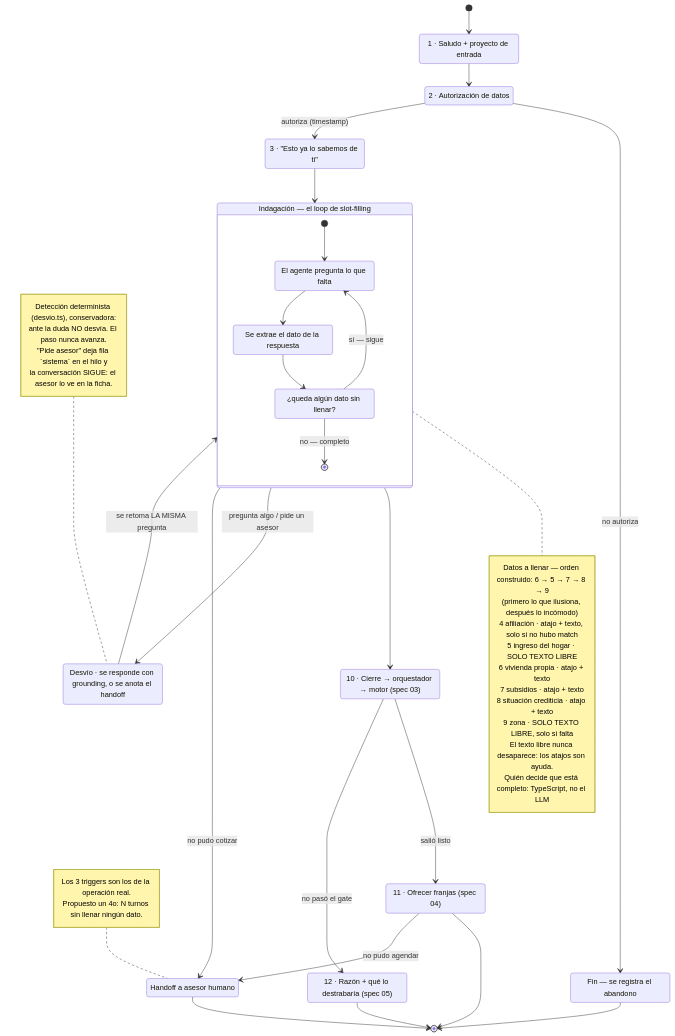
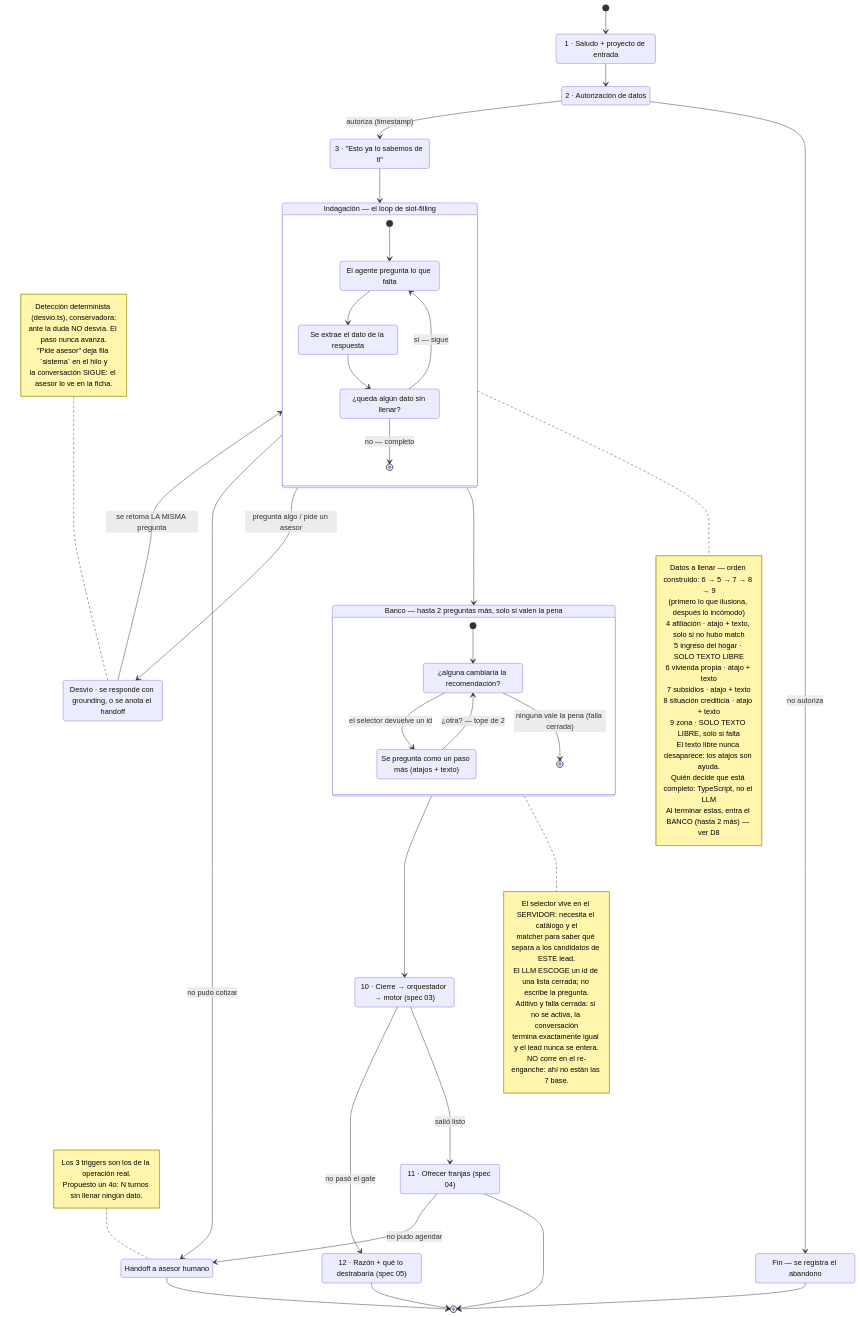
One commit to hackathon-30x-colsubsidio/mvp-reto-vivienda changed the diagram in docs/specs/02-conversador.md. Above: the diagram before and after it, drawn with Mermaid. The commit also changed other lines of this file and 10 other files, not shown here.

```diff
--- a/docs/specs/02-conversador.md
+++ b/docs/specs/02-conversador.md
@@ -202,9 +242,31 @@
         9 zona · SOLO TEXTO LIBRE, solo si falta
         El texto libre nunca desaparece: los atajos son ayuda.
         Quién decide que está completo: TypeScript, no el LLM
+        Al terminar estas, entra el BANCO (hasta 2 más) — ver D8
     end note
 
-    Indagacion --> Cierre
+    Indagacion --> Banco
+
+    state "Banco — hasta 2 preguntas más, solo si valen la pena" as Banco {
+        direction TB
+        [*] --> Consulta
+        Consulta: ¿alguna cambiaría la recomendación?
+        Consulta --> Preguntar: el selector devuelve un id
+        Consulta --> [*]: ninguna vale la pena (falla cerrada)
+        Preguntar: Se pregunta como un paso más (atajos + texto)
+        Preguntar --> Consulta: ¿otra? — tope de 2
+    }
+
+    note right of Banco
+        El selector vive en el SERVIDOR: necesita el catálogo y el
+        matcher para saber qué separa a los candidatos de ESTE lead.
+        El LLM ESCOGE un id de una lista cerrada; no escribe la pregunta.
+        Aditivo y falla cerrada: si no se activa, la conversación
+        termina exactamente igual y el lead nunca se entera.
+        NO corre en el re-enganche: ahí no están las 7 base.
+    end note
+
+    Banco --> Cierre
 
     Cierre: 10 · Cierre → orquestador → motor (spec 03)
     Cierre --> Agenda: salió listo
```
